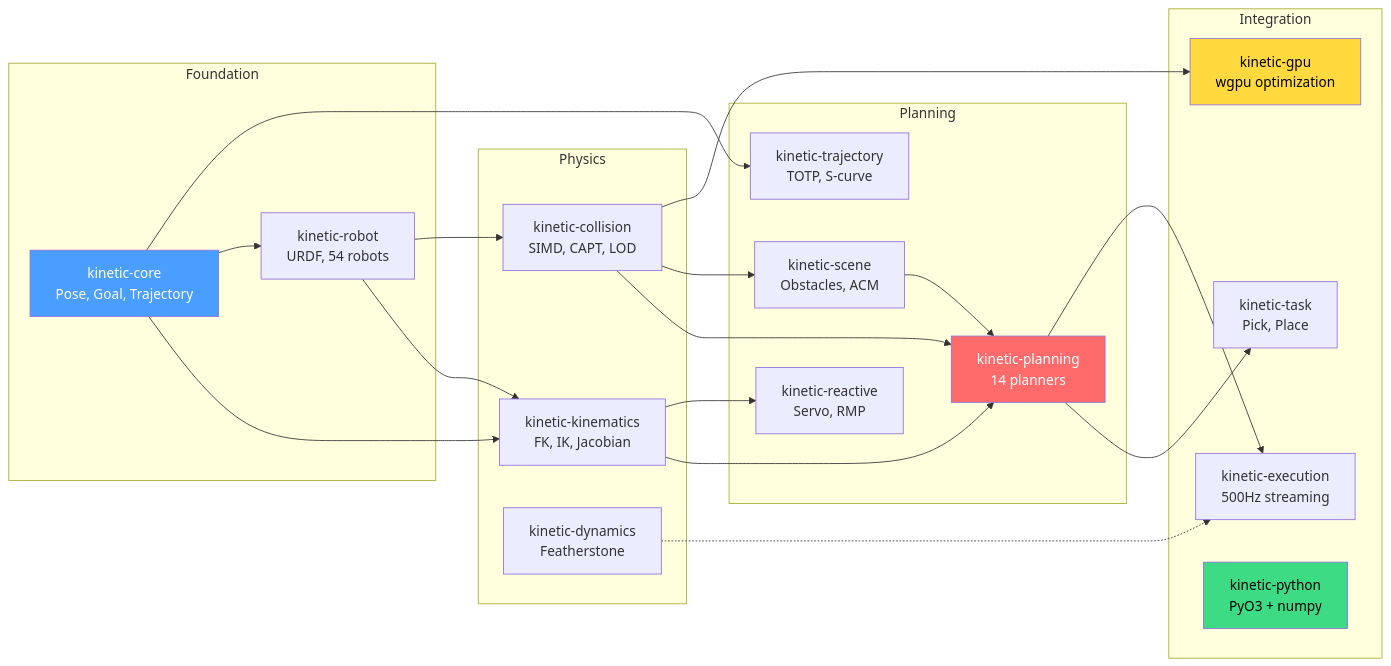
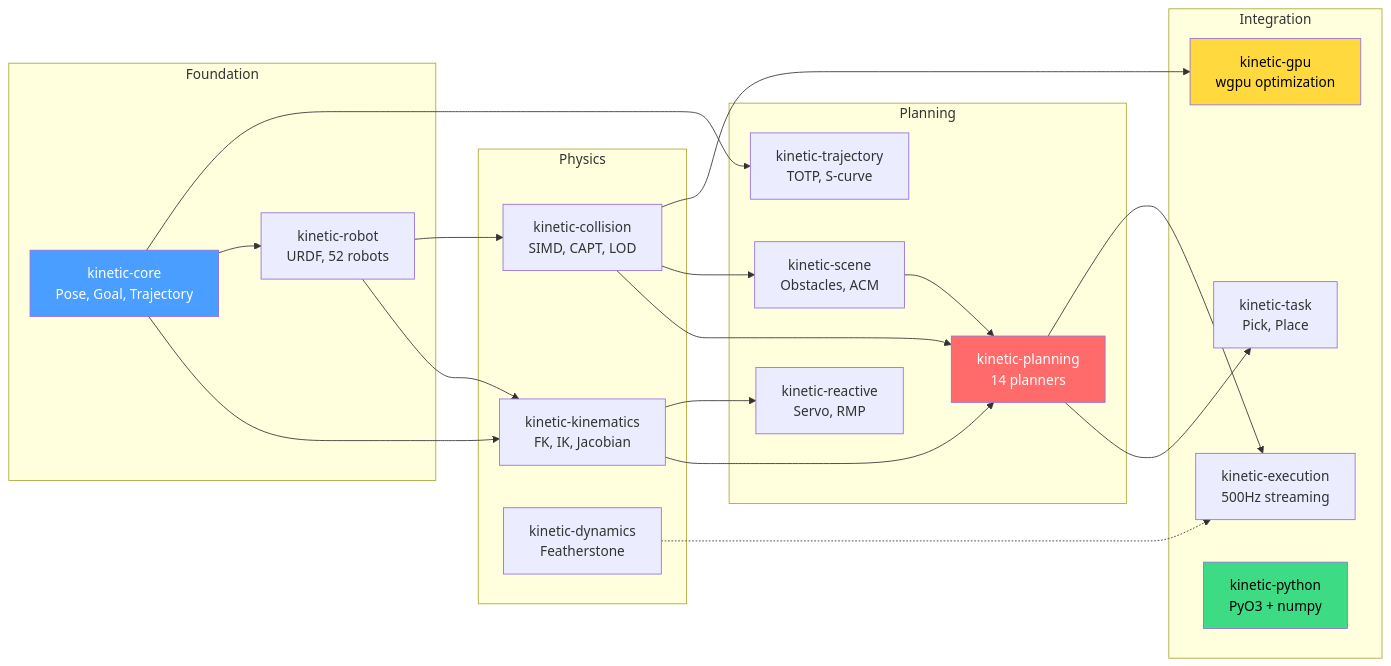
The diagram in docs-site/src/introduction.md (softmata/kinetic), drawn with Mermaid before and after one commit. The commit also changed 7 other files, not shown here.

````diff
--- a/docs-site/src/introduction.md
+++ b/docs-site/src/introduction.md
@@ -43,43 +43,43 @@
 ```mermaid
 graph LR
     subgraph Foundation
         Core[kinetic-core<br/>Pose, Goal, Trajectory]
-        Robot[kinetic-robot<br/>URDF, 54 robots]
+        Robot[kinetic-robot<br/>URDF, 52 robots]
     end
 
     subgraph Physics
         FK[kinetic-kinematics<br/>FK, IK, Jacobian]
         Col[kinetic-collision<br/>SIMD, CAPT, LOD]
         Dyn[kinetic-dynamics<br/>Featherstone]
     end
 
     subgraph Planning
         Scene[kinetic-scene<br/>Obstacles, ACM]
         Plan[kinetic-planning<br/>14 planners]
         Traj[kinetic-trajectory<br/>TOTP, S-curve]
         React[kinetic-reactive<br/>Servo, RMP]
     end
 
     subgraph Integration
         Exec[kinetic-execution<br/>500Hz streaming]
         GPU[kinetic-gpu<br/>wgpu optimization]
         Task[kinetic-task<br/>Pick, Place]
         Py[kinetic-python<br/>PyO3 + numpy]
     end
 
     Core --> FK --> Plan
     Core --> Robot --> FK
     Robot --> Col --> Plan
     Core --> Traj
     Col --> Scene --> Plan
     Plan --> Task
     Plan --> Exec
     FK --> React
     Col --> GPU
     Dyn -.-> Exec
 
     style Core fill:#4a9eff,color:#fff
     style Plan fill:#ff6b6b,color:#fff
     style GPU fill:#ffd93d,color:#000
     style Py fill:#3ddc84,color:#000
 ```
````
